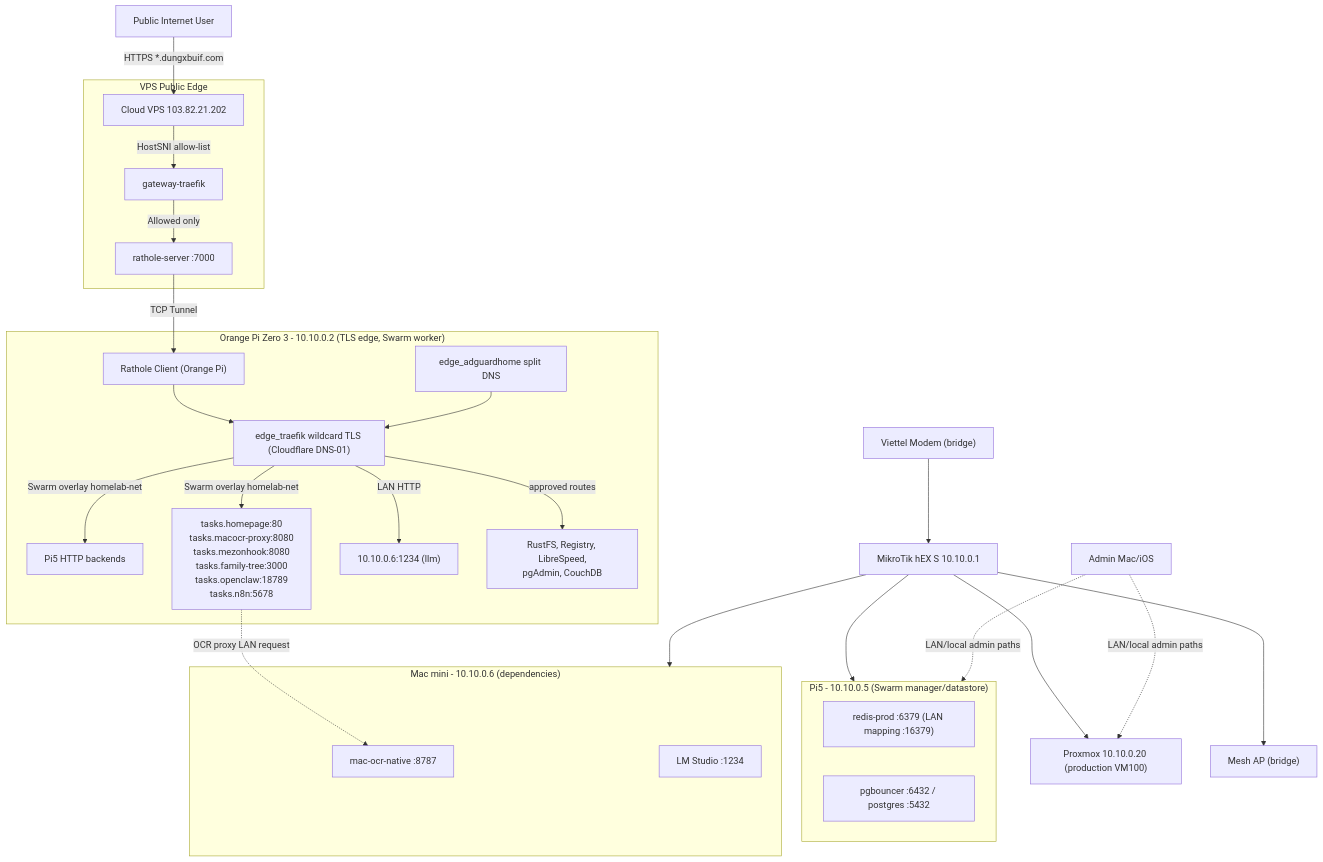
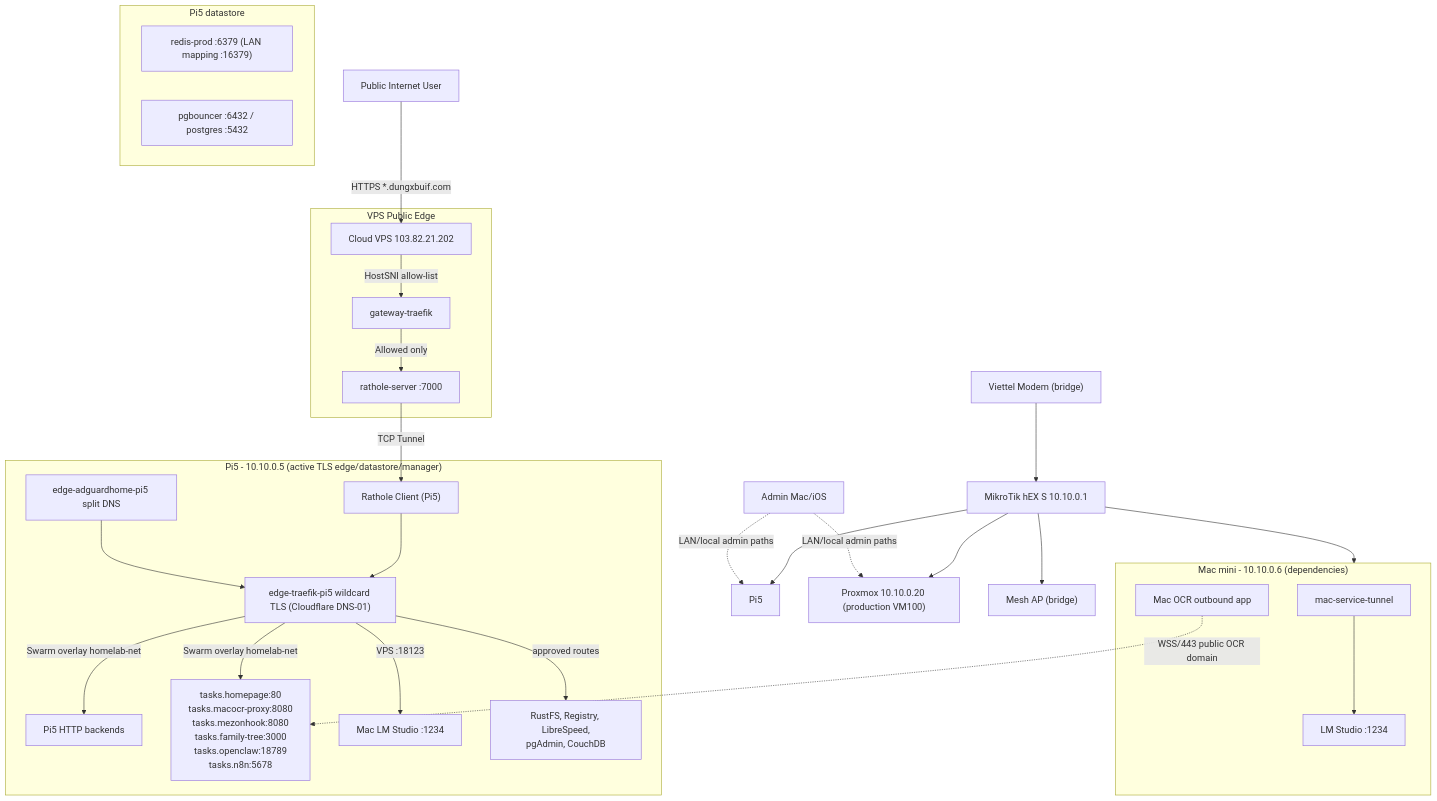
Before and after one commit to dungxbuif/Homelab: the diagram in docs/MAIN.md, drawn with Mermaid. The commit also changed other lines of this file and 55 other files, not shown here.

````diff
--- a/docs/MAIN.md
+++ b/docs/MAIN.md
@@ -60,38 +65,40 @@
 ```mermaid
 graph TD
     Internet["Public Internet User"] -->|HTTPS *.dungxbuif.com| VPS["Cloud VPS 103.82.21.202"]
     subgraph VPS_Security ["VPS Public Edge"]
         VPS -->|HostSNI allow-list| GatewayTraefik["gateway-traefik"]
         GatewayTraefik -->|Allowed only| RatholeServer["rathole-server :7000"]
     end
-    RatholeServer -->|TCP Tunnel| RatholeClient["Rathole Client (Orange Pi)"]
+    RatholeServer -->|TCP Tunnel| RatholeClient["Rathole Client (Pi5)"]
 
-    subgraph OrangePi ["Orange Pi Zero 3 - 10.10.0.2 (TLS edge, Swarm worker)"]
-        RatholeClient --> EdgeTraefik["edge_traefik wildcard TLS (Cloudflare DNS-01)"]
+    subgraph Pi5Edge ["Pi5 - 10.10.0.5 (active TLS edge/datastore/manager)"]
+        RatholeClient --> EdgeTraefik["edge-traefik-pi5 wildcard TLS (Cloudflare DNS-01)"]
         EdgeTraefik -->|Swarm overlay homelab-net| Pi5Backends["Pi5 HTTP backends"]
         EdgeTraefik -->|Swarm overlay homelab-net| VM100Swarm["tasks.homepage:80<br/>tasks.macocr-proxy:8080<br/>tasks.mezonhook:8080<br/>tasks.family-tree:3000<br/>tasks.openclaw:18789<br/>tasks.n8n:5678"]
-        EdgeTraefik -->|LAN HTTP| MacDeps["10.10.0.6:1234 (llm)"]
+        EdgeTraefik -->|VPS :18123| MacDeps["Mac LM Studio :1234"]
         EdgeTraefik -->|approved routes| Pi5Apps["RustFS, Registry, LibreSpeed,<br/>pgAdmin, CouchDB"]
-        SplitDNS["edge_adguardhome split DNS"] --> EdgeTraefik
+        SplitDNS["edge-adguardhome-pi5 split DNS"] --> EdgeTraefik
     end
 
-    subgraph Pi5 ["Pi5 - 10.10.0.5 (Swarm manager/datastore)"]
+    subgraph Pi5Data ["Pi5 datastore"]
         Pi5Redis["redis-prod :6379 (LAN mapping :16379)"]
         Pi5Pg["pgbouncer :6432 / postgres :5432"]
     end
 
     subgraph Mac ["Mac mini - 10.10.0.6 (dependencies)"]
-        NativeOCR["mac-ocr-native :8787"]
+        MacTunnel["mac-service-tunnel"]
+        NativeOCR["Mac OCR outbound app"]
         LMStudio["LM Studio :1234"]
     end
-    VM100Swarm -.->|OCR proxy LAN request| NativeOCR
+    NativeOCR -.->|WSS/443 public OCR domain| VM100Swarm
+    MacTunnel --> LMStudio
 
     Modem["Viettel Modem (bridge)"] --> MikroTik["MikroTik hEX S 10.10.0.1"]
     MikroTik --> Pi5
     MikroTik --> Mac
     MikroTik --> Proxmox["Proxmox 10.10.0.20 (production VM100)"]
     MikroTik --> MeshAP["Mesh AP (bridge)"]
 
     Admin["Admin Mac/iOS"] -.->|LAN/local admin paths| Pi5
     Admin -.->|LAN/local admin paths| Proxmox
 ```
````
